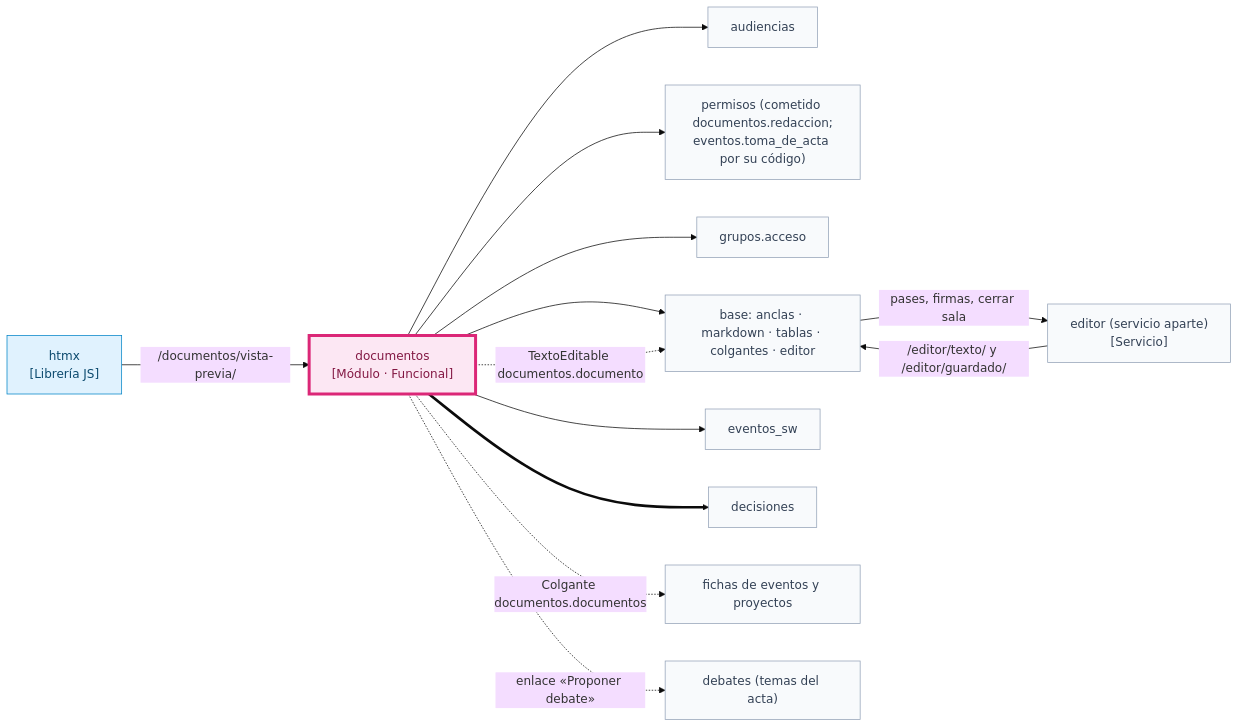
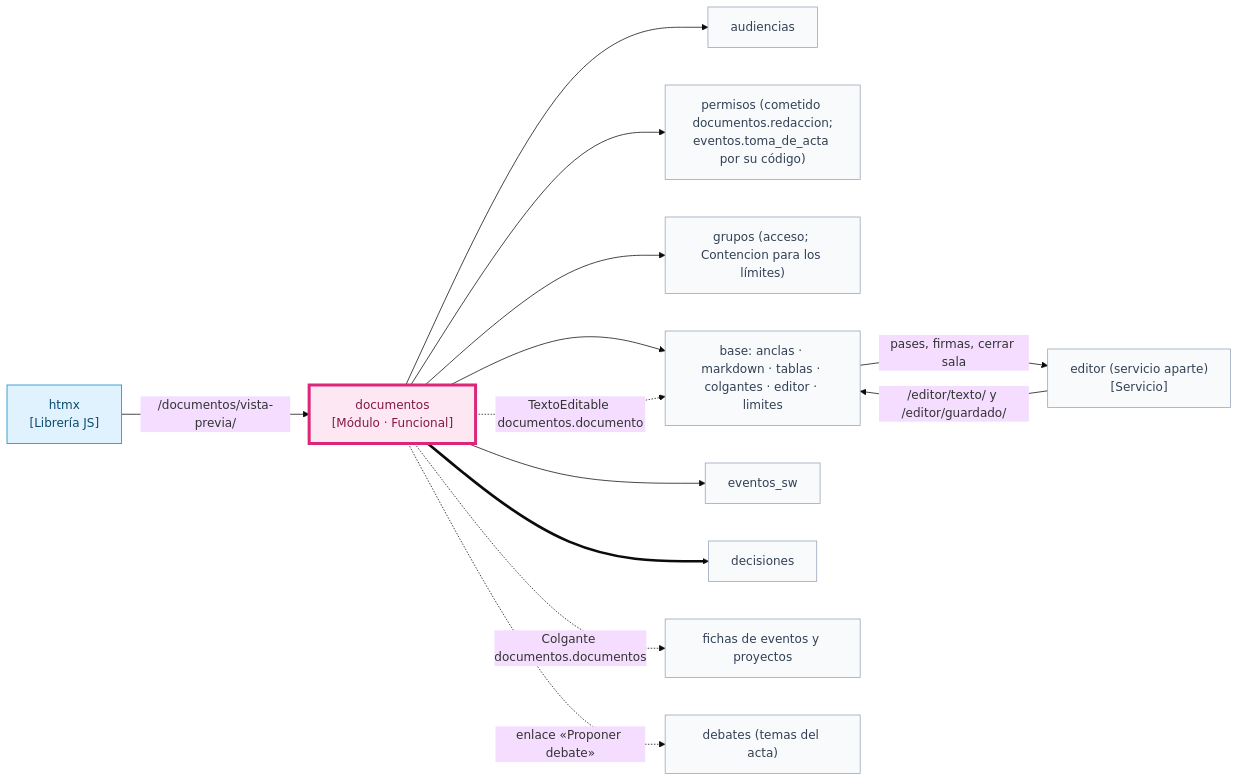
One commit to chemabc/groupy changed diagram 28 of 39 in docs/arquitectura.md. Above: the diagram before and after it, drawn with Mermaid (base theme). The commit also changed other lines of this file and 34 other files, not shown here.

First line of the commit message:
Límites en cascada (plataforma, organización, grupo y debate o documento), documentos en Markdown o Typst y opciones de cada documento

````diff
--- a/docs/arquitectura.md
+++ b/docs/arquitectura.md
@@ -840,29 +840,29 @@
 ```mermaid
 flowchart LR
   classDef yo fill:#fce7f3,stroke:#db2777,stroke-width:4px,color:#831843
   classDef otro fill:#f8fafc,stroke:#94a3b8,color:#334155
   classDef libjs fill:#e0f2fe,stroke:#0284c7,color:#0c4a6e
   doc["documentos<br/>[Módulo · Funcional]"]:::yo
   aud["audiencias"]:::otro
   per["permisos (cometido documentos.redaccion;<br/>eventos.toma_de_acta por su código)"]:::otro
-  gru["grupos.acceso"]:::otro
-  bas["base: anclas · markdown · tablas · colgantes · editor"]:::otro
+  gru["grupos (acceso; Contencion para los límites)"]:::otro
+  bas["base: anclas · markdown · tablas · colgantes · editor · limites"]:::otro
   edi["editor (servicio aparte)<br/>[Servicio]"]:::otro
   esw["eventos_sw"]:::otro
   dec["decisiones"]:::otro
   fichas["fichas de eventos y proyectos"]:::otro
   deb["debates (temas del acta)"]:::otro
   htmx["htmx<br/>[Librería JS]"]:::libjs
   doc --> aud
   doc --> per
   doc --> gru
   doc --> bas
   doc --> esw
   doc ==> dec
   doc -. "Colgante documentos.documentos" .-> fichas
   doc -. "enlace «Proponer debate»" .-> deb
   htmx -- "/documentos/vista-previa/" --> doc
   doc -. "TextoEditable documentos.documento" .-> bas
   bas -- "pases, firmas, cerrar sala" --> edi
   edi -- "/editor/texto/ y /editor/guardado/" --> bas
 ```
````
